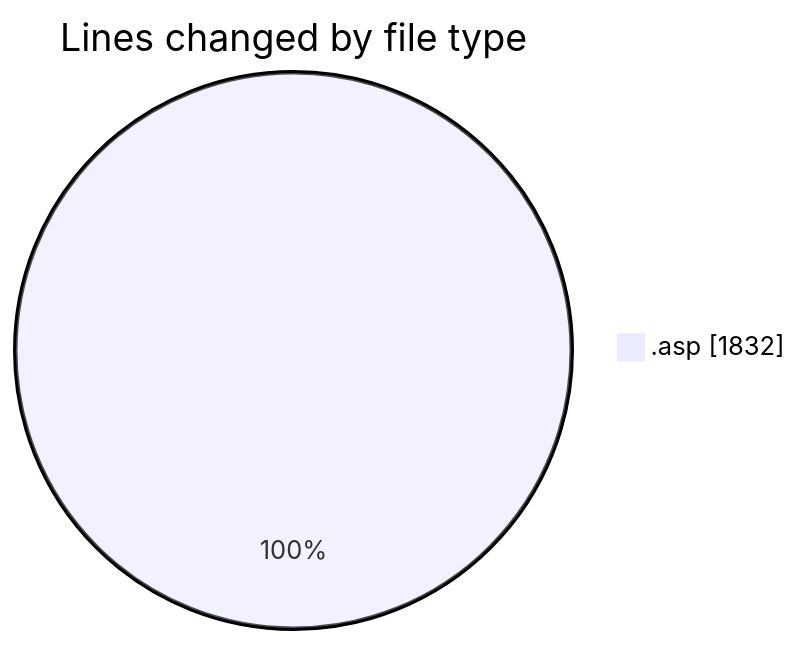
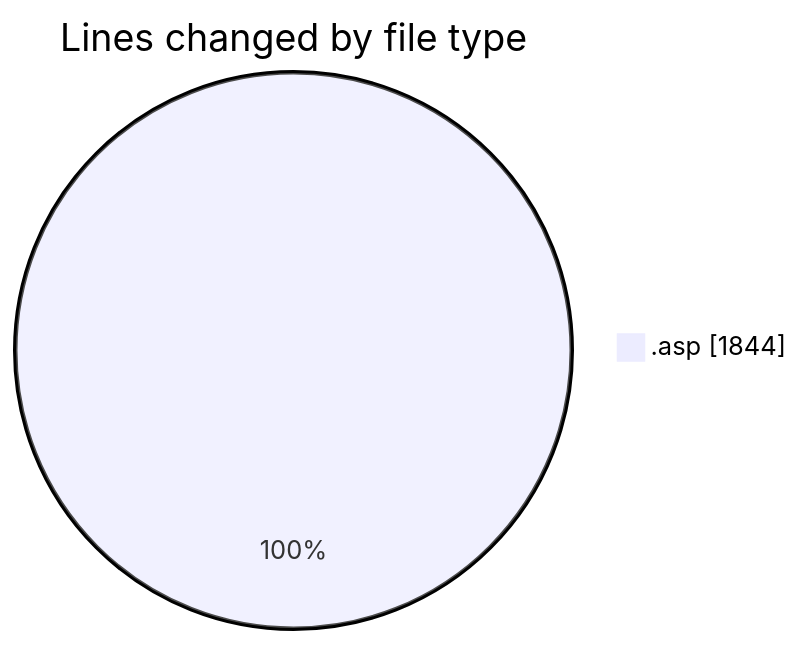
Before and after one commit to julien-gomy/code-tracking: the first of 2 diagrams in 2025-10-06/usr_aleoudev_fr__workspace_/README.md, drawn with Mermaid. The commit also changed other lines of this file and 1 other file, not shown here.

````diff
--- a/2025-10-06/usr_aleoudev_fr__workspace_/README.md
+++ b/2025-10-06/usr_aleoudev_fr__workspace_/README.md
@@ -20,5 +20,5 @@
 ```mermaid
 pie showData
 title Lines changed by file type
-".asp" : 1832
+".asp" : 1844
 ```
````
